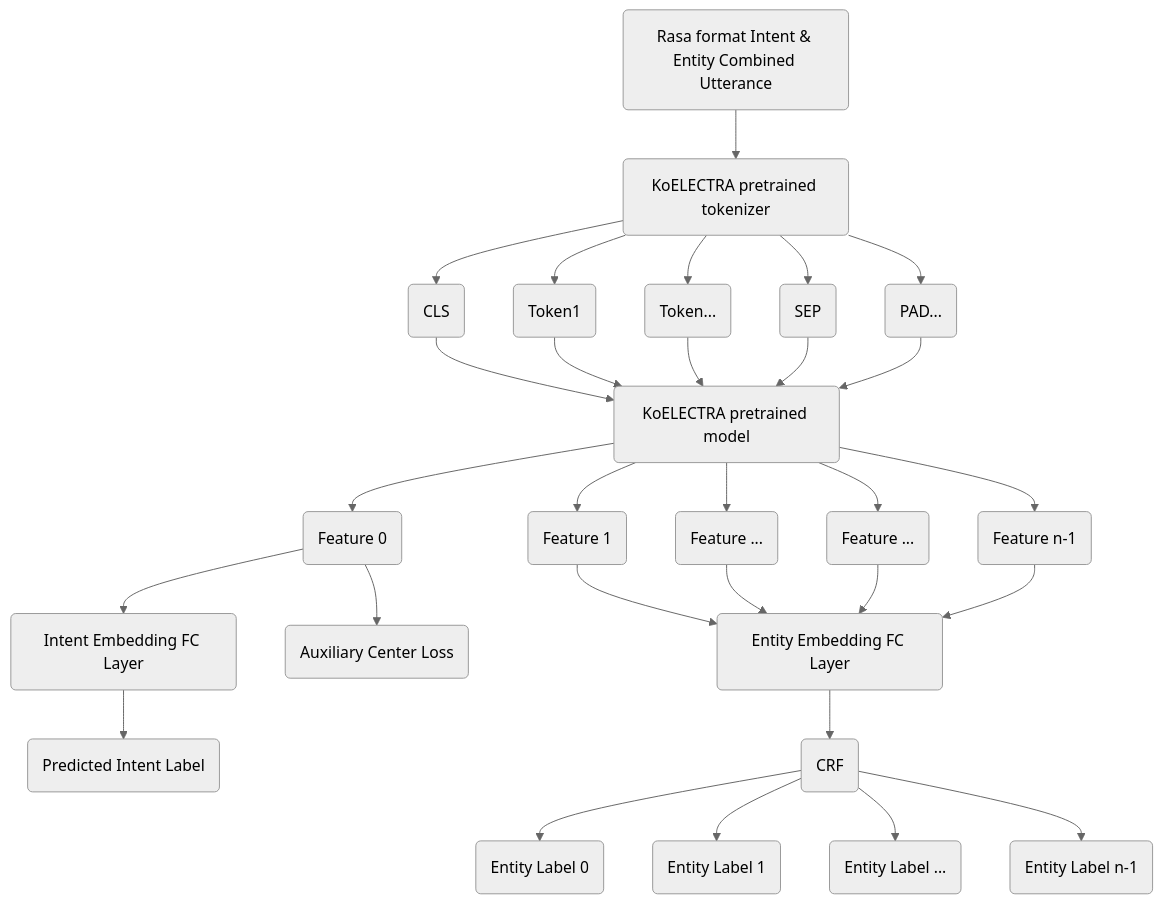
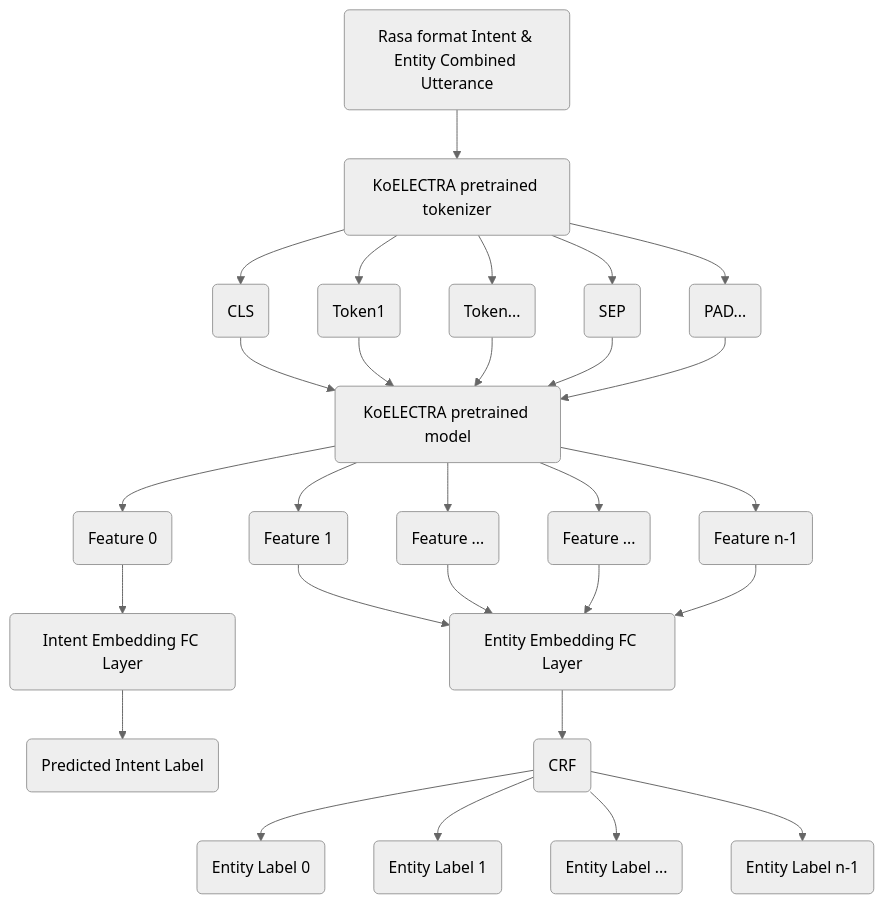
The diagram in README.md (cheesama/electrasa), drawn with Mermaid (neutral theme) before and after one commit. The commit also changed 1 other file, not shown here.

````diff
--- a/README.md
+++ b/README.md
@@ -5,31 +5,30 @@
 ```mermaid
 graph TD
 A(Rasa format Intent & Entity Combined Utterance) --> B(KoELECTRA pretrained tokenizer)
 B --> C(CLS)
 B --> D(Token1)
 B --> E(Token...)
 B --> F(SEP)
 B --> G(PAD...)
 C --> H(KoELECTRA pretrained model)
 D --> H
 E --> H
 F --> H
 G --> H
 H --> I(Feature 0)
 H --> J(Feature 1)
 H --> K(Feature ...)
 H --> L(Feature ...)
 H --> M(Feature n-1)
 I --> N(Intent Embedding FC Layer)
-I --> V(Auxiliary Center Loss)
 J --> O(Entity Embedding FC Layer)
 K --> O
 L --> O
 M --> O
 N --> P(Predicted Intent Label)
 O --> U(CRF)
 U --> Q(Entity Label 0)
 U --> R(Entity Label 1)
 U --> S(Entity Label ...)
 U --> T(Entity Label n-1)
 ```
````
